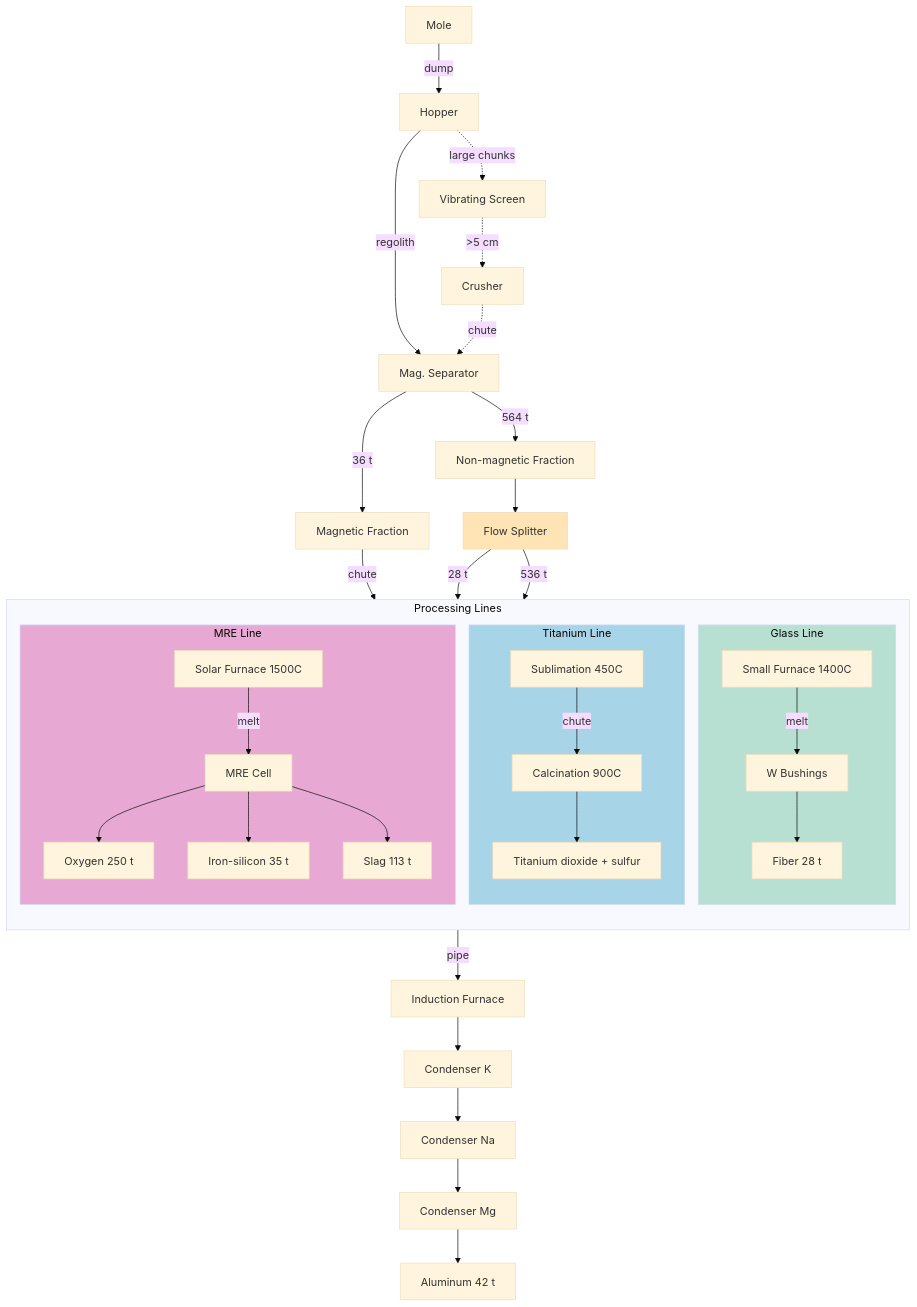
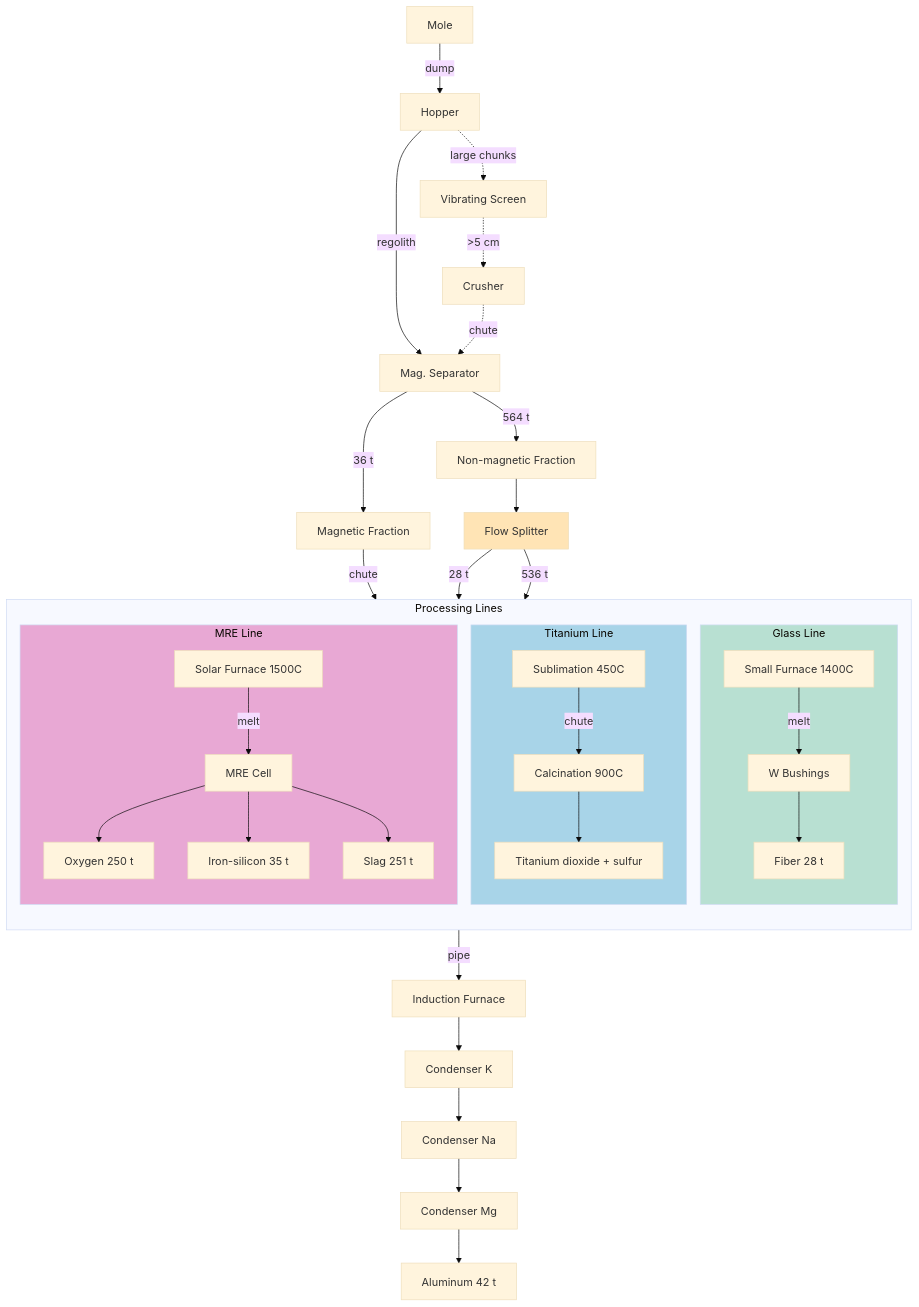
The first of 2 diagrams in en/science/detailed/materials/overview.qmd (DmitryNasikanov/infinite-energy), drawn with Mermaid (base theme) before and after one commit. The commit also changed other lines of this file and 24 other files, not shown here.

````diff
--- a/en/science/detailed/materials/overview.qmd
+++ b/en/science/detailed/materials/overview.qmd
@@ -38,59 +38,59 @@
 ```{mermaid}
 flowchart TD
     %% EXTRACTION AND PREPARATION
     KROT[Mole] -->|dump| BUN[Hopper]
     BUN -->|regolith| SEP[Mag. Separator]
     BUN -.->|large chunks| GR[Vibrating Screen]
     GR -.->|>5 cm| DR[Crusher]
     DR -.->|chute| SEP
 
     %% SEPARATION - splitting into 2 streams
     SEP -->|36 t| MAGN[Magnetic Fraction]
     SEP -->|564 t| NMAG[Non-magnetic Fraction]
 
     %% FLOW DISTRIBUTOR
     NMAG --> SPLIT[Flow Splitter]
 
     %% PROCESSING LINES
     subgraph LINES[Processing Lines]
         direction TB
 
         subgraph TITANIUM[Titanium Line]
             SF3[Sublimation 450C]
             SF3 -->|chute| TI_OX[Calcination 900C]
             TI_OX --> TI_OUT[Titanium dioxide + sulfur]
         end
 
         subgraph GLASS_LINE[Glass Line]
             SF1[Small Furnace 1400C]
             SF1 -->|melt| FILT[W Bushings]
             FILT --> FIBER[Fiber 28 t]
         end
 
         subgraph MRE_LINE[MRE Line]
             SF2[Solar Furnace 1500C]
             SF2 -->|melt| MRE[MRE Cell]
             MRE --> O2[Oxygen 250 t]
             MRE --> FESI[Iron-silicon 35 t]
-            MRE --> SLAG[Slag 113 t]
+            MRE --> SLAG[Slag 251 t]
         end
     end
 
     %% Links from separation to furnaces
     MAGN -->|chute| SF3
     SPLIT -->|28 t| SF1
     SPLIT -->|536 t| SF2
 
     %% DISTILLATION
     SLAG -->|pipe| EQU024[Induction Furnace]
     EQU024 --> EQU031[Condenser K]
     EQU031 --> EQU032[Condenser Na]
     EQU032 --> EQU033[Condenser Mg]
     EQU033 --> AL_OUT[Aluminum 42 t]
 
     %% Styles
     style TITANIUM fill:#a8d4e8
     style GLASS_LINE fill:#b8e0d2
     style MRE_LINE fill:#e8a8d4
     style SPLIT fill:#ffe4b5
 ```
````
